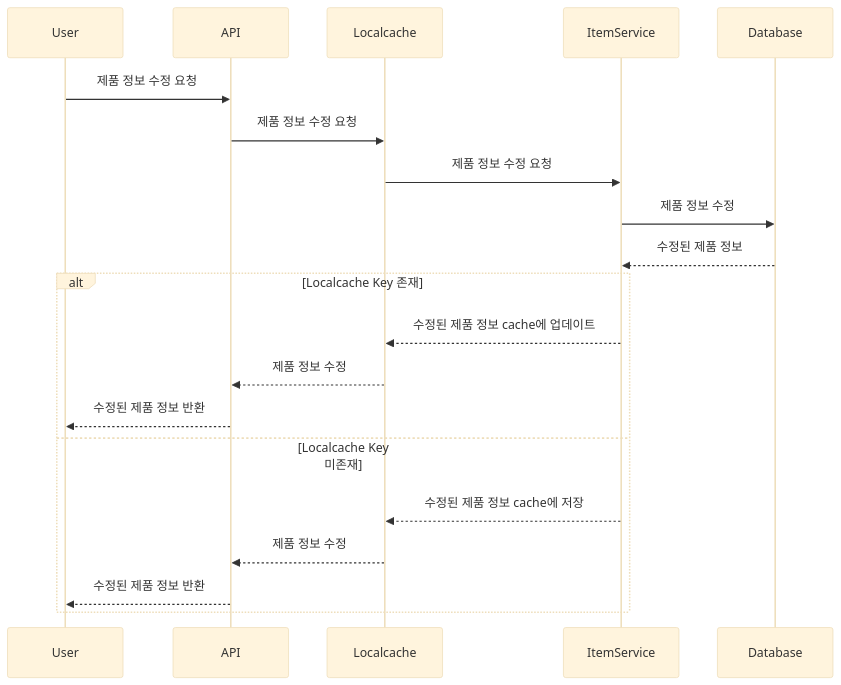
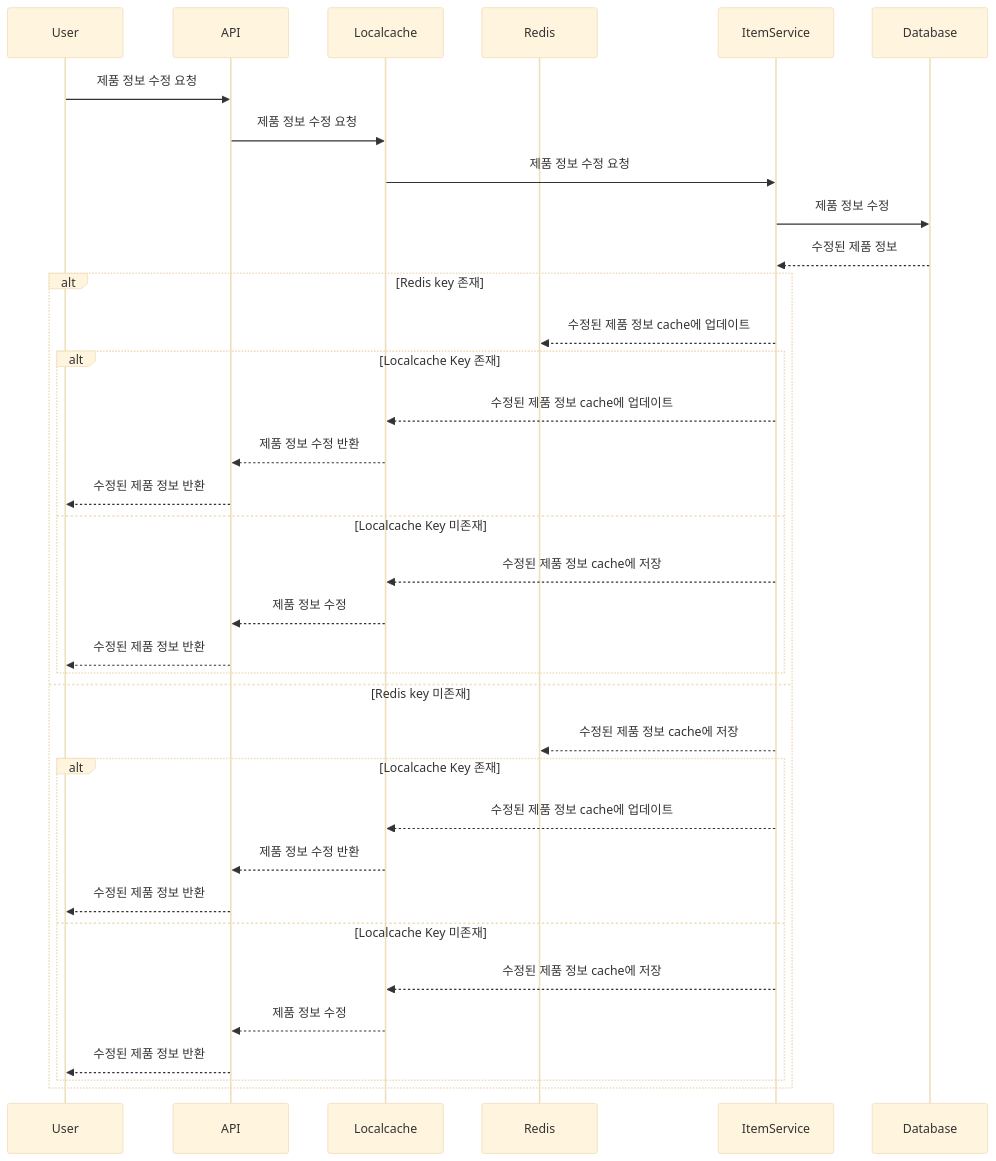
The third of 5 diagrams in docs/EventSequence.md (zzangoobrother/stock-order-project), drawn with Mermaid (base theme) before and after one commit. The commit also changed other lines of this file, not shown here.

Commit message:
docs : 주문하기 시쿼스 다이어그램 작성

````diff
--- a/docs/EventSequence.md
+++ b/docs/EventSequence.md
@@ -70,23 +79,38 @@
 ```mermaid
 sequenceDiagram
     participant User
     participant API
     participant Localcache
+    participant Redis
     participant ItemService
     participant Database
     
     User->>API: 제품 정보 수정 요청
     API->>Localcache: 제품 정보 수정 요청
     Localcache->>ItemService: 제품 정보 수정 요청
     ItemService->>Database: 제품 정보 수정
     Database-->>ItemService: 수정된 제품 정보
-    alt Localcache Key 존재
-        ItemService-->>Localcache: 수정된 제품 정보 cache에 업데이트
-        Localcache-->>API: 제품 정보 수정
-        API-->>User: 수정된 제품 정보 반환
-    else Localcache Key 미존재
-        ItemService-->>Localcache: 수정된 제품 정보 cache에 저장
-        Localcache-->>API: 제품 정보 수정
-        API-->>User: 수정된 제품 정보 반환
-    end 
+    alt Redis key 존재
+        ItemService-->>Redis: 수정된 제품 정보 cache에 업데이트
+        alt Localcache Key 존재
+            ItemService-->>Localcache: 수정된 제품 정보 cache에 업데이트
+            Localcache-->>API: 제품 정보 수정 반환
+            API-->>User: 수정된 제품 정보 반환
+        else Localcache Key 미존재
+            ItemService-->>Localcache: 수정된 제품 정보 cache에 저장
+            Localcache-->>API: 제품 정보 수정
+            API-->>User: 수정된 제품 정보 반환
+        end
+    else Redis key 미존재
+        ItemService-->>Redis: 수정된 제품 정보 cache에 저장
+        alt Localcache Key 존재
+            ItemService-->>Localcache: 수정된 제품 정보 cache에 업데이트
+            Localcache-->>API: 제품 정보 수정 반환
+            API-->>User: 수정된 제품 정보 반환
+        else Localcache Key 미존재
+            ItemService-->>Localcache: 수정된 제품 정보 cache에 저장
+            Localcache-->>API: 제품 정보 수정
+            API-->>User: 수정된 제품 정보 반환
+        end
+    end
 ```
````
